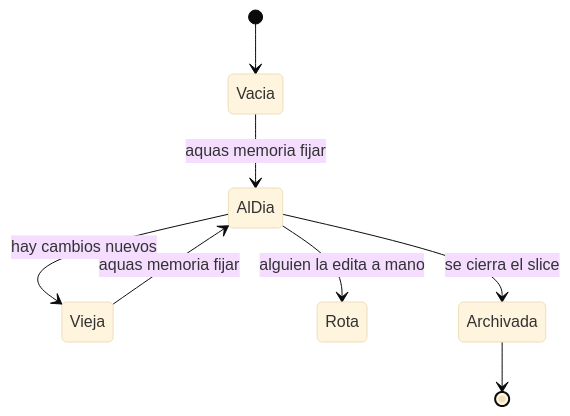
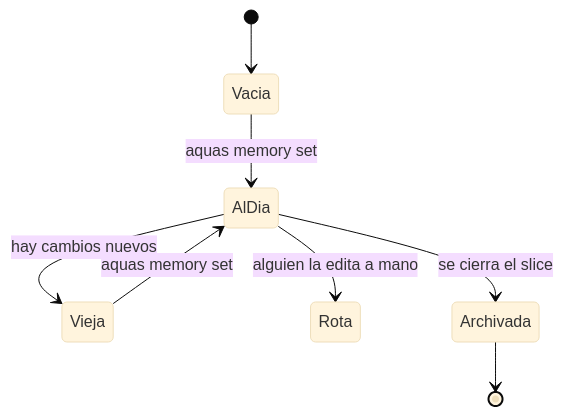
Before and after one commit to jliberal-aquas/aquas-central-harness-government: the second of 3 diagrams in docs/E001/F005/README.md, drawn with Mermaid (base theme). The commit also changed other lines of this file and 184 other files, not shown here.

````diff
--- a/docs/E001/F005/README.md
+++ b/docs/E001/F005/README.md
@@ -49,10 +49,10 @@
 ```mermaid
 stateDiagram-v2
     [*] --> Vacia
-    Vacia --> AlDia: aquas memoria fijar
+    Vacia --> AlDia: aquas memory set
     AlDia --> Vieja: hay cambios nuevos
-    Vieja --> AlDia: aquas memoria fijar
+    Vieja --> AlDia: aquas memory set
     AlDia --> Rota: alguien la edita a mano
     AlDia --> Archivada: se cierra el slice
     Archivada --> [*]
 ```
````
